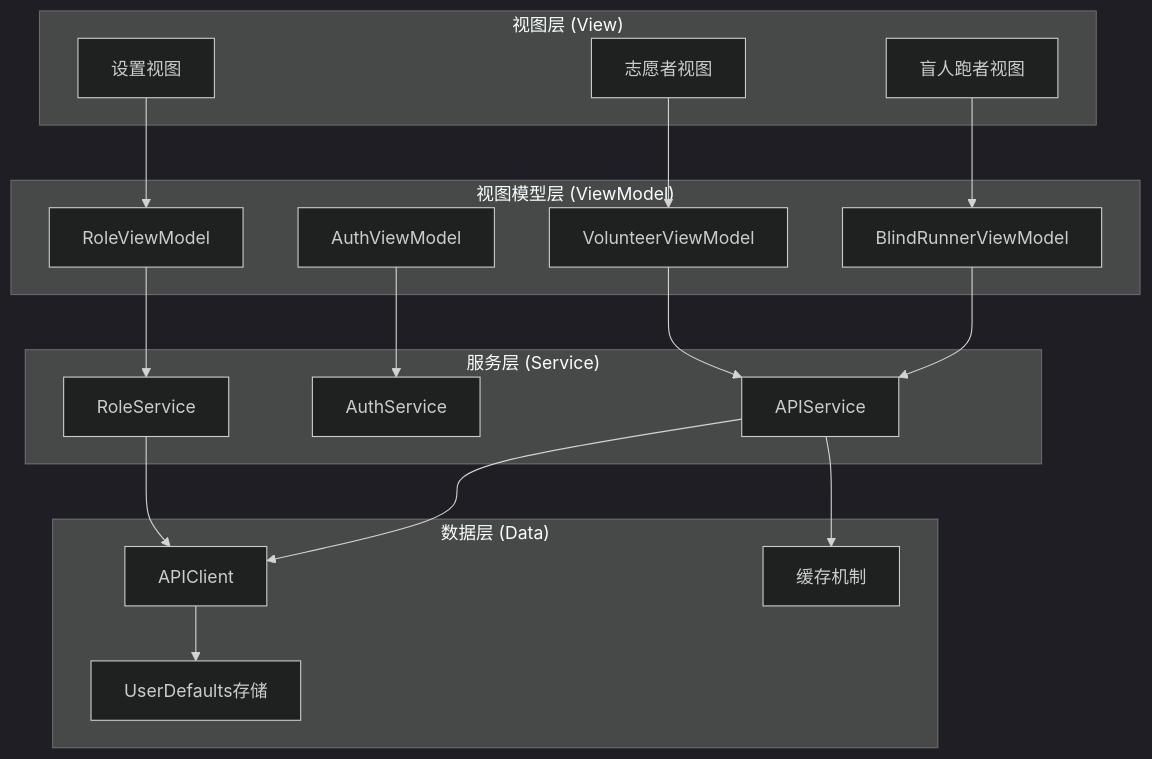
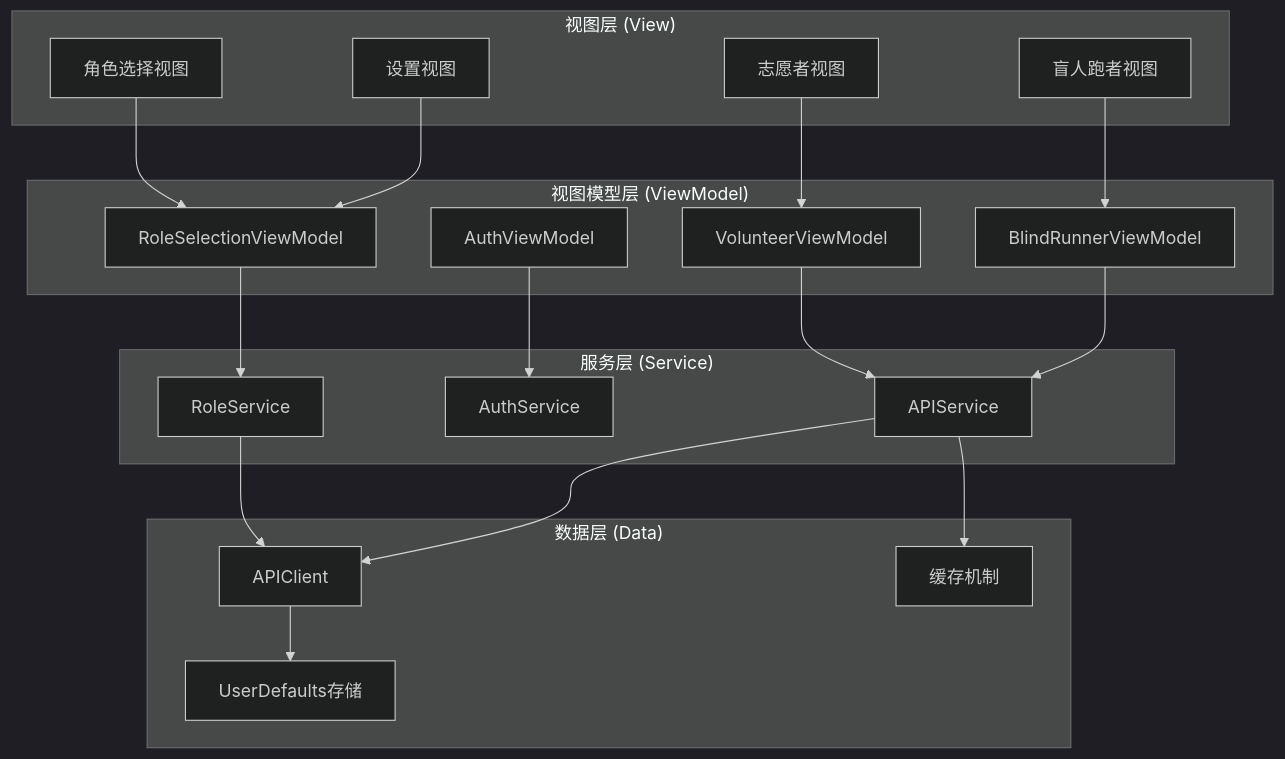
One commit to Jayden23018/blind-run-ios changed the fourth of 9 diagrams in .qoder/repowiki/zh/content/核心功能模块/角色管理系统.md. Above: the diagram before and after it, drawn with Mermaid (dark theme). The commit also changed other lines of this file and 21 other files, not shown here.

````diff
--- a/.qoder/repowiki/zh/content/核心功能模块/角色管理系统.md
+++ b/.qoder/repowiki/zh/content/核心功能模块/角色管理系统.md
@@ -160,35 +163,37 @@
 ```mermaid
 graph TB
 subgraph "视图层 (View)"
 BRView[盲人跑者视图]
 VOLView[志愿者视图]
 SettingsView[设置视图]
+RoleSelectionView[角色选择视图]
 end
 subgraph "视图模型层 (ViewModel)"
 BRVM[BlindRunnerViewModel]
 VOLVM[VolunteerViewModel]
-RoleVM[RoleViewModel]
+RoleVM[RoleSelectionViewModel]
 AuthVM[AuthViewModel]
 end
 subgraph "服务层 (Service)"
 APIService[APIService]
 AuthService[AuthService]
 RoleService[RoleService]
 end
 subgraph "数据层 (Data)"
 APIClient[APIClient]
 UserDefaults[UserDefaults存储]
 Cache[缓存机制]
 end
 BRView --> BRVM
 VOLView --> VOLVM
 SettingsView --> RoleVM
+RoleSelectionView --> RoleVM
 RoleVM --> RoleService
 BRVM --> APIService
 VOLVM --> APIService
 AuthVM --> AuthService
 APIService --> APIClient
 RoleService --> APIClient
 APIClient --> UserDefaults
 APIService --> Cache
 ```
````
